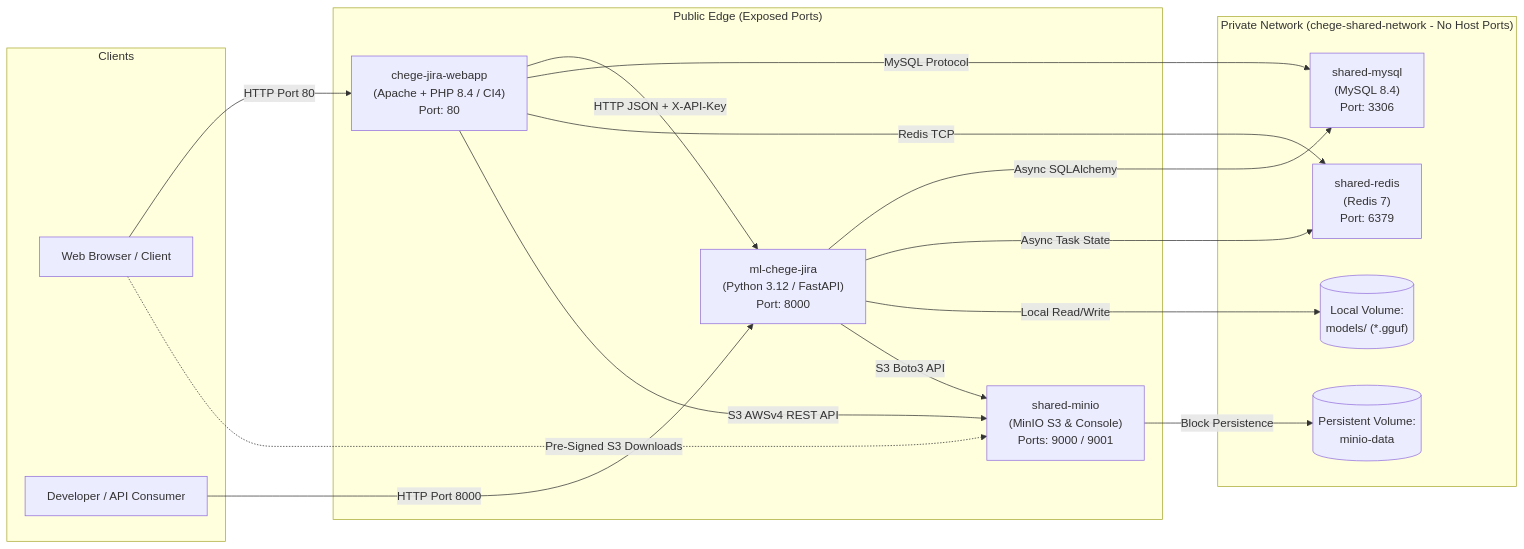
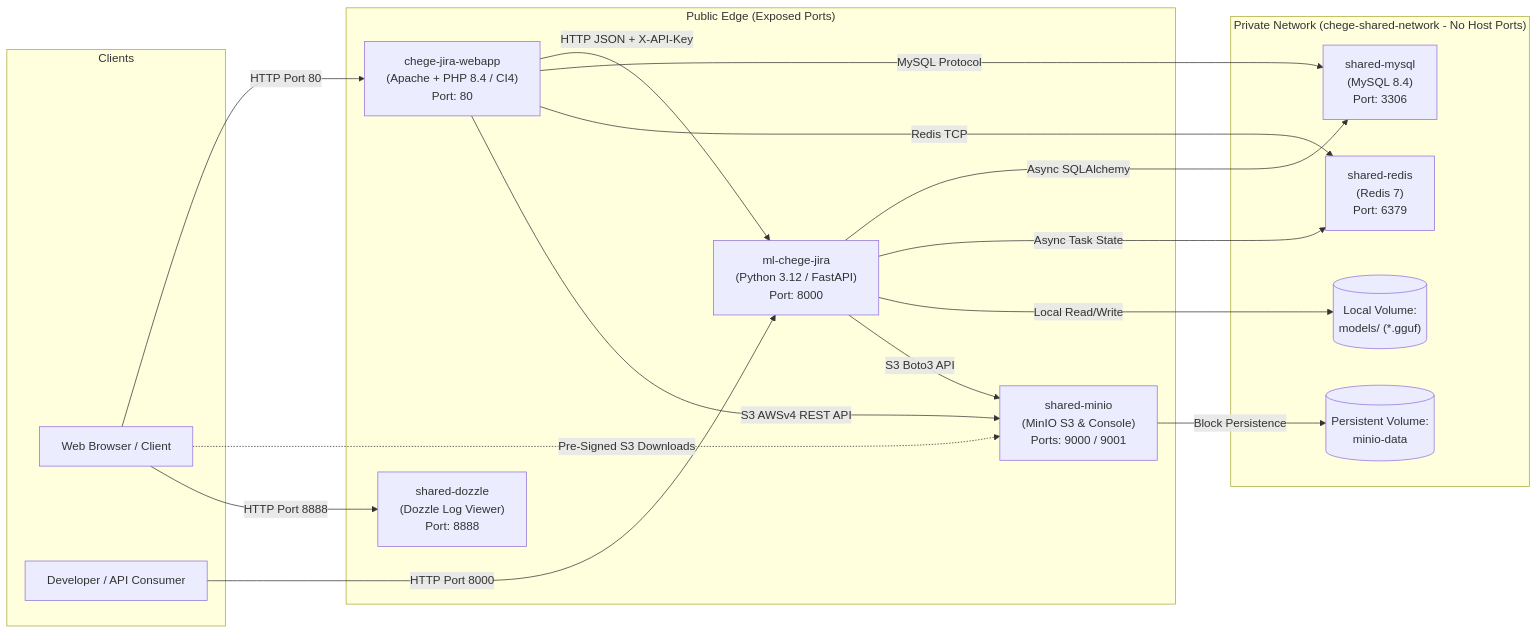
The second of 2 diagrams in docs/architecture/overview.md (Niccher/AI-Agile-Project-Management-Suite), drawn with Mermaid before and after one commit. The commit also changed other lines of this file and 10 other files, not shown here.

First line of the commit message:
feat(observability): integrate Dozzle real-time container log viewer

````diff
--- a/docs/architecture/overview.md
+++ b/docs/architecture/overview.md
@@ -45,33 +45,35 @@
 ```mermaid
 flowchart LR
     subgraph Clients
         Browser[Web Browser / Client]
         ExtTool[Developer / API Consumer]
     end
 
     subgraph "Public Edge (Exposed Ports)"
         ApacheWeb["chege-jira-webapp\n(Apache + PHP 8.4 / CI4)\nPort: 80"]
         FastApiML["ml-chege-jira\n(Python 3.12 / FastAPI)\nPort: 8000"]
         MinioStore["shared-minio\n(MinIO S3 & Console)\nPorts: 9000 / 9001"]
+        DozzleViewer["shared-dozzle\n(Dozzle Log Viewer)\nPort: 8888"]
     end
 
     subgraph "Private Network (chege-shared-network - No Host Ports)"
         MySQLDb["shared-mysql\n(MySQL 8.4)\nPort: 3306"]
         RedisCache["shared-redis\n(Redis 7)\nPort: 6379"]
         ModelStorage[("Local Volume:\nmodels/ (*.gguf)")]
         MinioData[("Persistent Volume:\nminio-data")]
     end
 
     Browser -->|HTTP Port 80| ApacheWeb
     Browser -.->|Pre-Signed S3 Downloads| MinioStore
+    Browser -->|HTTP Port 8888| DozzleViewer
     ExtTool -->|HTTP Port 8000| FastApiML
     ApacheWeb -->|HTTP JSON + X-API-Key| FastApiML
     ApacheWeb -->|MySQL Protocol| MySQLDb
     ApacheWeb -->|Redis TCP| RedisCache
     ApacheWeb -->|S3 AWSv4 REST API| MinioStore
     FastApiML -->|Async SQLAlchemy| MySQLDb
     FastApiML -->|Async Task State| RedisCache
     FastApiML -->|Local Read/Write| ModelStorage
     FastApiML -->|S3 Boto3 API| MinioStore
     MinioStore -->|Block Persistence| MinioData
 ```
````
